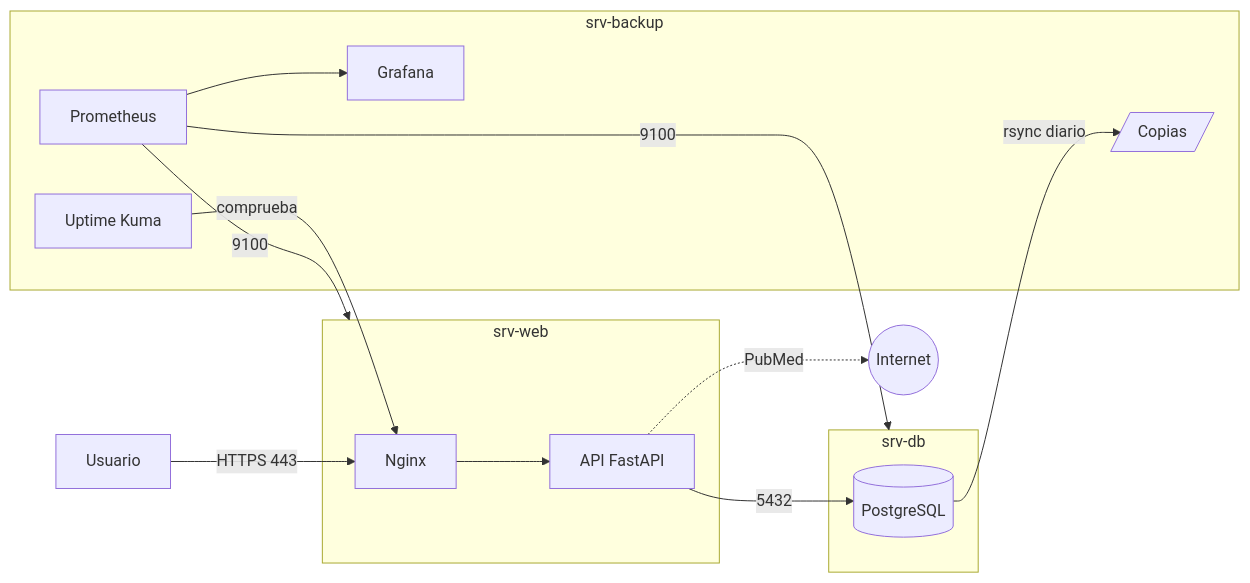
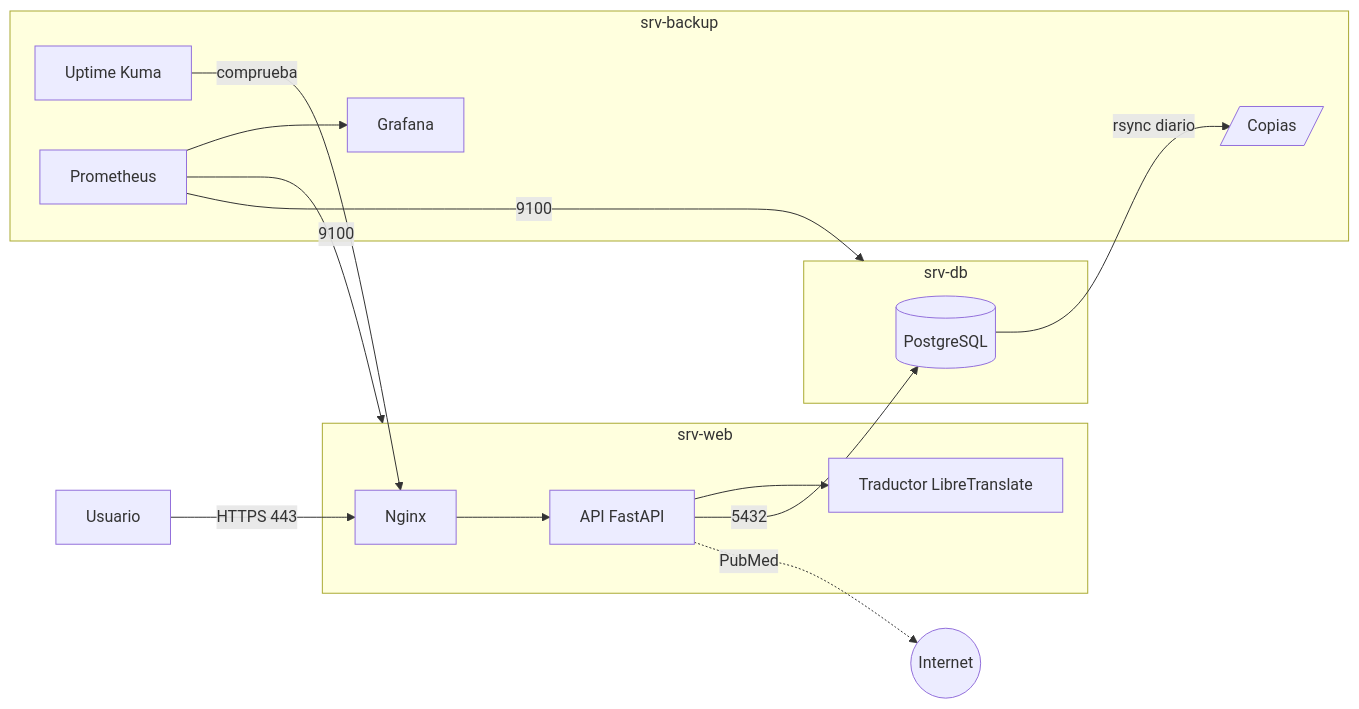
One commit to IzanZambrano/Projecte-ASIR changed the diagram in docs/02-arquitectura.md. Above: the diagram before and after it, drawn with Mermaid. The commit also changed other lines of this file and 14 other files, not shown here.

````diff
--- a/docs/02-arquitectura.md
+++ b/docs/02-arquitectura.md
@@ -5,20 +5,21 @@
 ```mermaid
 flowchart LR
     U[Usuario] -- HTTPS 443 --> N
     subgraph srv-web
         N[Nginx] --> A[API FastAPI]
+        A --> T[Traductor LibreTranslate]
     end
     subgraph srv-db
         P[(PostgreSQL)]
     end
     subgraph srv-backup
         K[Uptime Kuma]
         PR[Prometheus] --> G[Grafana]
         B[/Copias/]
     end
     A -- 5432 --> P
     A -. PubMed .-> I((Internet))
     P -- rsync diario --> B
     PR -- 9100 --> srv-web & srv-db
     K -- comprueba --> N
 ```
````
